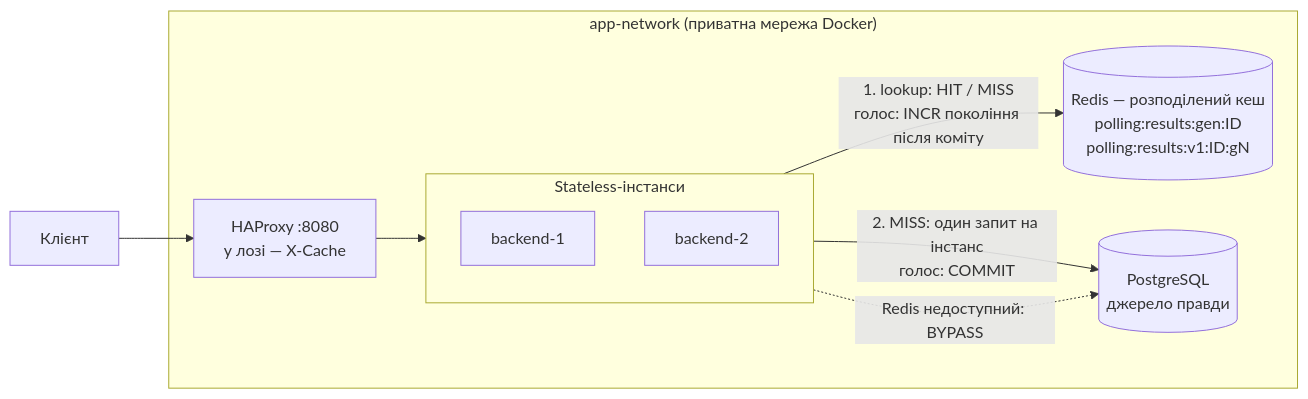
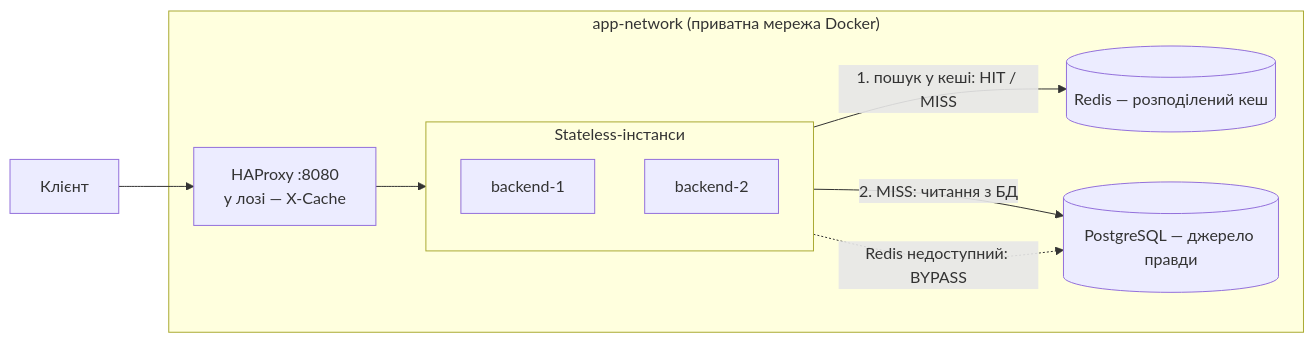
One commit to totalbyte/highload-system-practice changed the diagram in docs/about/lab4.md. Above: the diagram before and after it, drawn with Mermaid. The commit also changed other lines of this file and 1 other file, not shown here.

````diff
--- a/docs/about/lab4.md
+++ b/docs/about/lab4.md
@@ -23,17 +23,17 @@
 ```mermaid
 flowchart LR
     Client["Клієнт"]
     subgraph net ["app-network (приватна мережа Docker)"]
         LB["HAProxy :8080<br/>у лозі — X-Cache"]
         subgraph pool ["Stateless-інстанси"]
             B1["backend-1"]
             B2["backend-2"]
         end
-        RD[("Redis — розподілений кеш<br/>polling:results:gen:ID<br/>polling:results:v1:ID:gN")]
-        PG[("PostgreSQL<br/>джерело правди")]
+        RD[("Redis — розподілений кеш")]
+        PG[("PostgreSQL — джерело правди")]
     end
     Client --> LB --> pool
-    pool -- "1. lookup: HIT / MISS<br/>голос: INCR покоління після коміту" --> RD
-    pool -- "2. MISS: один запит на інстанс<br/>голос: COMMIT" --> PG
+    pool -- "1. пошук у кеші: HIT / MISS" --> RD
+    pool -- "2. MISS: читання з БД" --> PG
     pool -. "Redis недоступний: BYPASS" .-> PG
 ```
````
